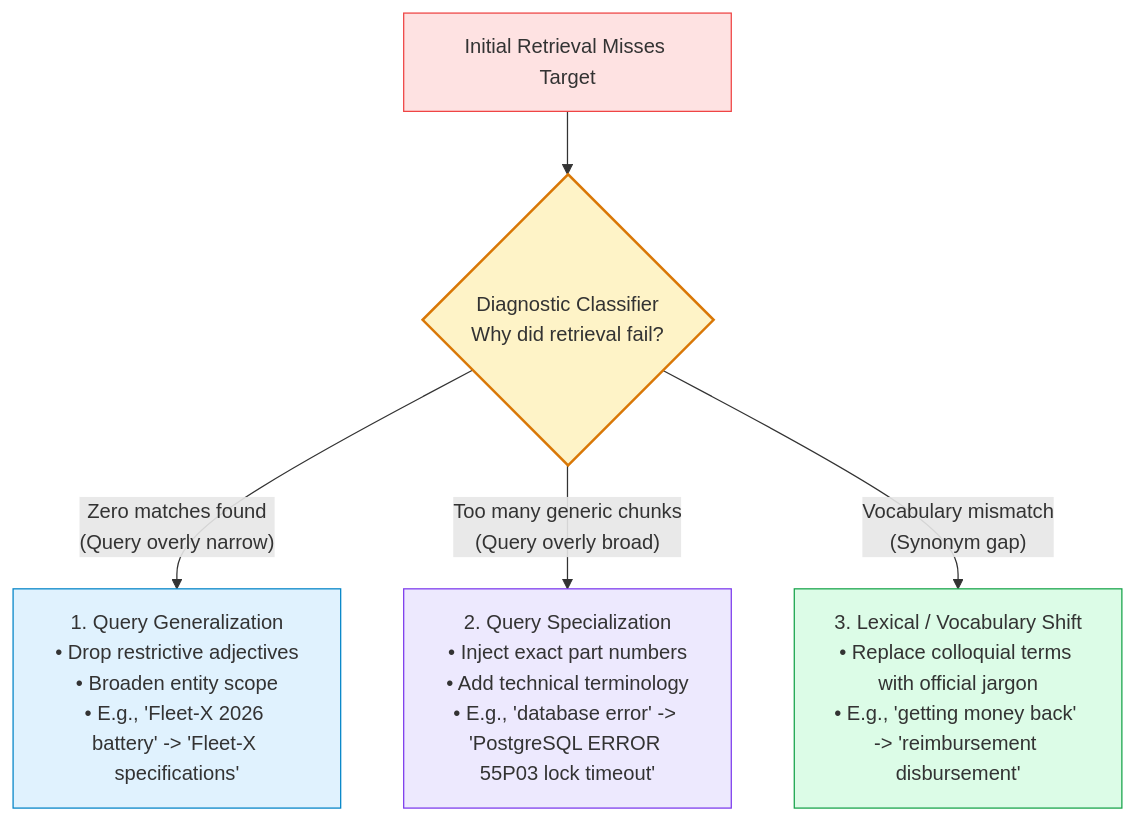
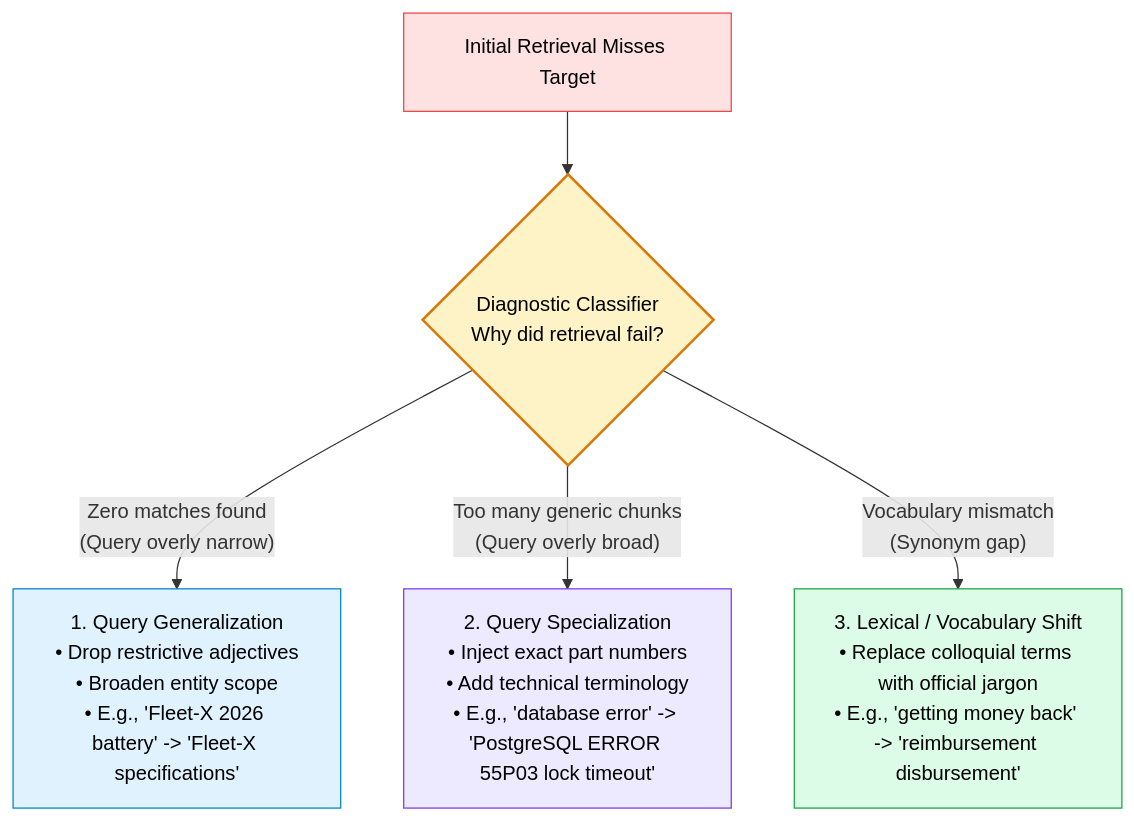
Before and after one commit to swapnil3104/RAG-Engineering: the third of 5 diagrams in 07-Agentic-RAG/Agentic-Retrieval.md, drawn with Mermaid. The commit also changed other lines of this file and 108 other files, not shown here.

Commit message:
fix: make chart text visible across all Mermaid diagrams and resolve markdown table formatting issues

````diff
--- a/07-Agentic-RAG/Agentic-Retrieval.md
+++ b/07-Agentic-RAG/Agentic-Retrieval.md
@@ -158,16 +158,16 @@
 ```mermaid
 graph TD
     Fail[Initial Retrieval Misses Target] --> Diagnostic{"Diagnostic Classifier<br/>Why did retrieval fail?"}
     
     Diagnostic -->|"Zero matches found<br/>(Query overly narrow)"| Gen["1. Query Generalization<br/>• Drop restrictive adjectives<br/>• Broaden entity scope<br/>• E.g., 'Fleet-X 2026 battery' -> 'Fleet-X specifications'"]
     
     Diagnostic -->|"Too many generic chunks<br/>(Query overly broad)"| Spec["2. Query Specialization<br/>• Inject exact part numbers<br/>• Add technical terminology<br/>• E.g., 'database error' -> 'PostgreSQL ERROR 55P03 lock timeout'"]
     
     Diagnostic -->|"Vocabulary mismatch<br/>(Synonym gap)"| Shift["3. Lexical / Vocabulary Shift<br/>• Replace colloquial terms with official jargon<br/>• E.g., 'getting money back' -> 'reimbursement disbursement'"]
 
-    style Fail fill:#fee2e2,stroke:#ef4444,stroke-width:1px
-    style Diagnostic fill:#fef3c7,stroke:#d97706,stroke-width:2px
-    style Gen fill:#e0f2fe,stroke:#0284c7,stroke-width:1px
-    style Spec fill:#ede9fe,stroke:#7c3aed,stroke-width:1px
-    style Shift fill:#dcfce7,stroke:#16a34a,stroke-width:1px
+    style Fail fill:#fee2e2,stroke:#ef4444,stroke-width:1px,color:#000000
+    style Diagnostic fill:#fef3c7,stroke:#d97706,stroke-width:2px,color:#000000
+    style Gen fill:#e0f2fe,stroke:#0284c7,stroke-width:1px,color:#000000
+    style Spec fill:#ede9fe,stroke:#7c3aed,stroke-width:1px,color:#000000
+    style Shift fill:#dcfce7,stroke:#16a34a,stroke-width:1px,color:#000000
 ```
````
